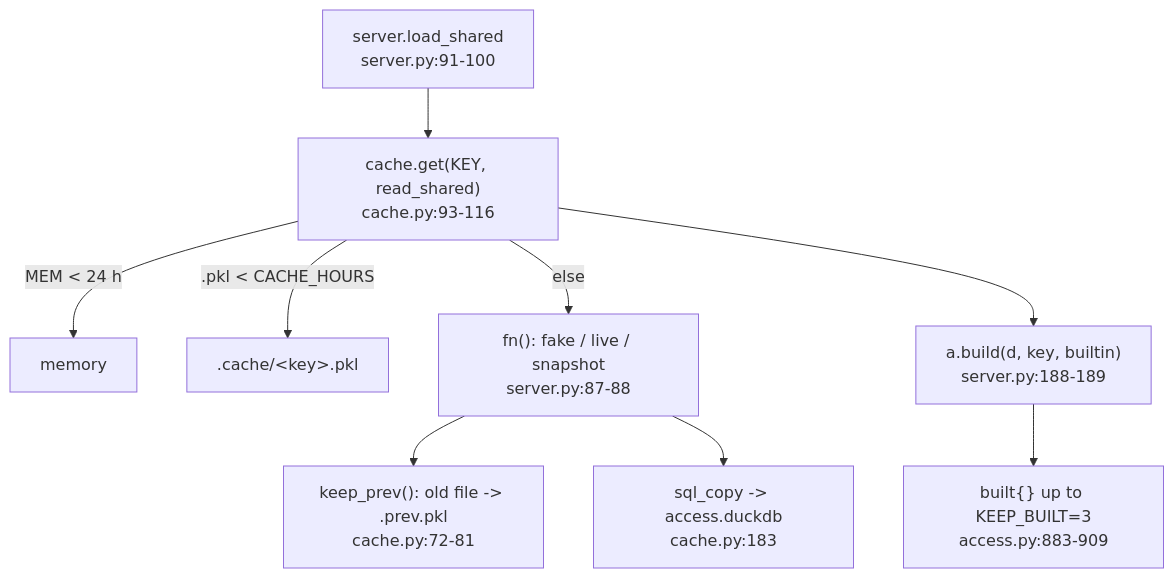
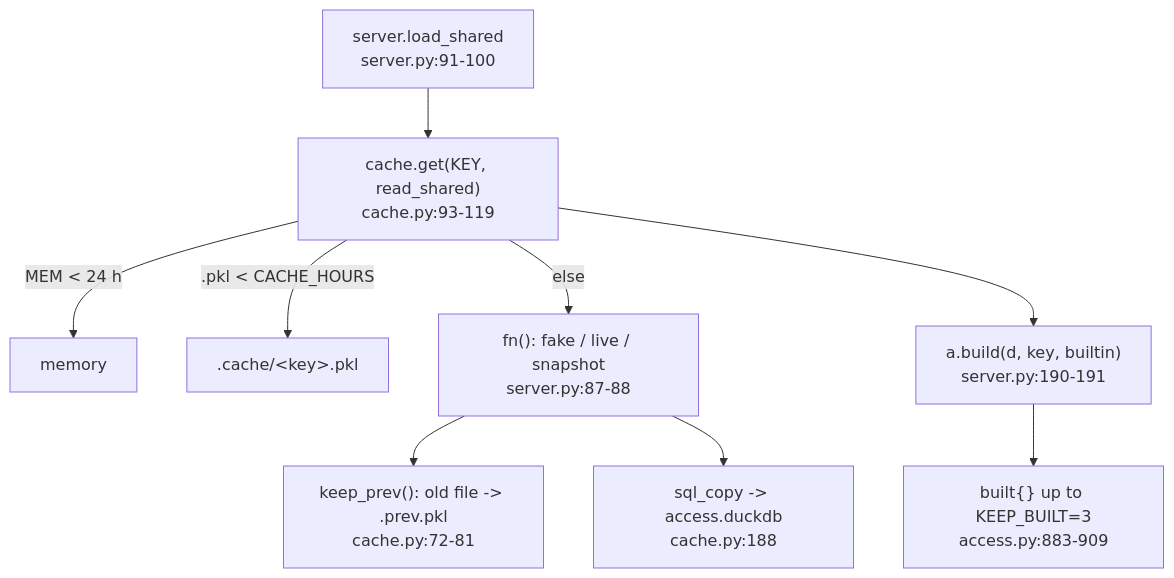
The diagram in snowflake-access-explorer-knowledge-graph/logic/caching.md (darshanmeel/snowflake-access-explorer), drawn with Mermaid before and after one commit. The commit also changed other lines of this file and 147 other files, not shown here.

````diff
--- a/snowflake-access-explorer-knowledge-graph/logic/caching.md
+++ b/snowflake-access-explorer-knowledge-graph/logic/caching.md
@@ -5,11 +5,11 @@
 ```mermaid
 flowchart TD
-  LS["server.load_shared<br/>server.py:91-100"] --> G["cache.get(KEY, read_shared)<br/>cache.py:93-116"]
+  LS["server.load_shared<br/>server.py:91-100"] --> G["cache.get(KEY, read_shared)<br/>cache.py:93-119"]
   G -->|"MEM < 24 h"| M[memory]
   G -->|".pkl < CACHE_HOURS"| P[".cache/&lt;key&gt;.pkl"]
   G -->|else| R["fn(): fake / live / snapshot<br/>server.py:87-88"]
   R --> KP["keep_prev(): old file -> .prev.pkl<br/>cache.py:72-81"]
-  R --> SQ["sql_copy -> access.duckdb<br/>cache.py:183"]
-  G --> B["a.build(d, key, builtin)<br/>server.py:188-189"]
+  R --> SQ["sql_copy -> access.duckdb<br/>cache.py:188"]
+  G --> B["a.build(d, key, builtin)<br/>server.py:190-191"]
   B --> KB["built{} up to KEEP_BUILT=3<br/>access.py:883-909"]
 ```
````
